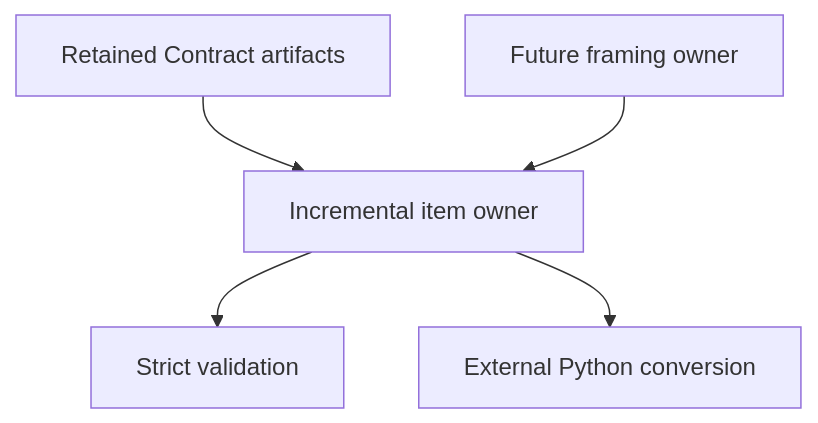
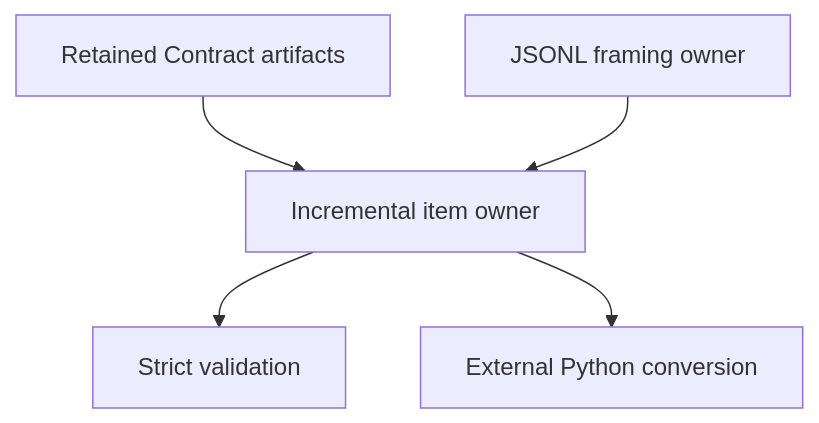
Before and after one commit to tarsil/talea: the second of 3 diagrams in docs/en/docs/engineering/architecture.md, drawn with Mermaid. The commit also changed other lines of this file and 22 other files, not shown here.

````diff
--- a/docs/en/docs/engineering/architecture.md
+++ b/docs/en/docs/engineering/architecture.md
@@ -112,7 +114,7 @@
 ```mermaid
 flowchart TD
     A[Retained Contract artifacts] --> B[Incremental item owner]
     B --> C[Strict validation]
     B --> D[External Python conversion]
-    E[Future framing owner] --> B
+    E[JSONL framing owner] --> B
 ```
````
